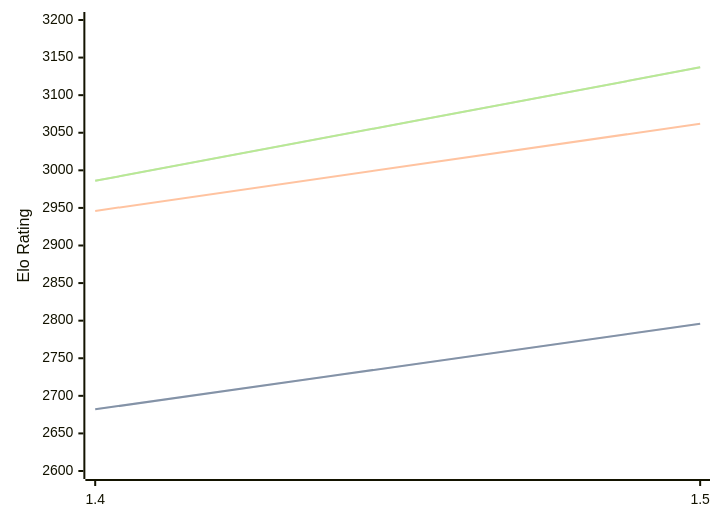
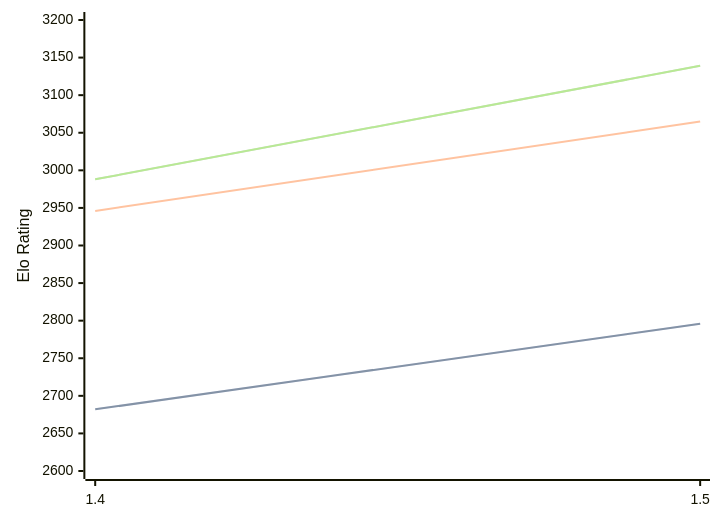
The diagram in engines/Yakka.md (computer-chess-index/cci), drawn with Mermaid before and after one commit. The commit also changed other lines of this file, not shown here.

Commit message:
Update CCI Ratings (ELO VLTC) - 2026-04-07

````diff
--- a/engines/Yakka.md
+++ b/engines/Yakka.md
@@ -36,11 +36,11 @@
 ```mermaid
 %%{init: {"theme":"base","themeVariables":{"seriesColors:['#a3a3a3','#222221','#faa371']}}}%%
 xychart-beta
   x-axis ["1.4", "1.5"]
   y-axis "Elo Rating" 2600 --> 3200
   line "STC (8.0+0.08s)" [2682, 2796]
   line "STC (8.0+0.08s)" [2682, 2796]
-  line "LTC (60.0+0.60s)" [2946, 3062]
-  line "VLTC (2m24s+1.12s)" [2986, 3137]
-  line "VLTC (2m24s+1.12s)" [2986, 3137]
+  line "LTC (60.0+0.60s)" [2946, 3065]
+  line "VLTC (2m24s+1.12s)" [2988, 3139]
+  line "VLTC (2m24s+1.12s)" [2988, 3139]
 ```
````
